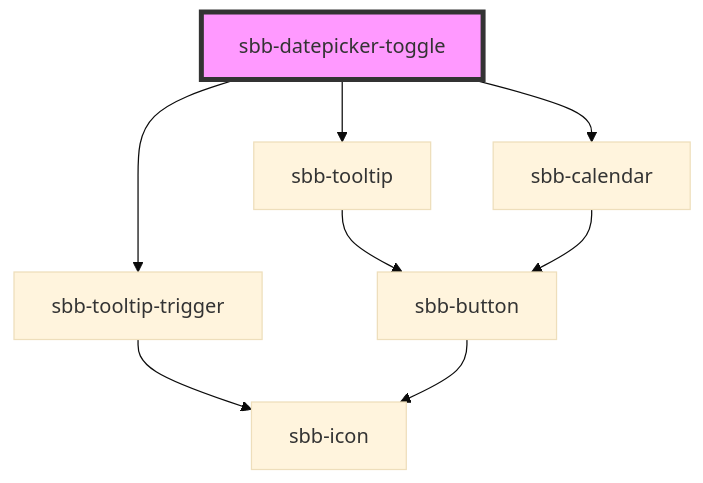
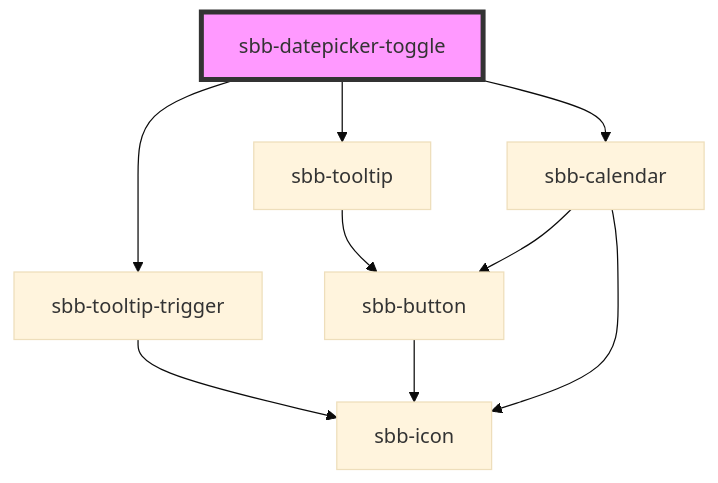
One commit to sbb-design-systems/lyne-components changed the diagram in src/components/sbb-datepicker-toggle/readme.md. Above: the diagram before and after it, drawn with Mermaid (base theme). The commit also changed 5 other files, not shown here.

````diff
--- a/src/components/sbb-datepicker-toggle/readme.md
+++ b/src/components/sbb-datepicker-toggle/readme.md
@@ -62,11 +62,12 @@
 ```mermaid
 graph TD;
   sbb-datepicker-toggle --> sbb-tooltip-trigger
   sbb-datepicker-toggle --> sbb-tooltip
   sbb-datepicker-toggle --> sbb-calendar
   sbb-tooltip-trigger --> sbb-icon
   sbb-tooltip --> sbb-button
   sbb-button --> sbb-icon
+  sbb-calendar --> sbb-icon
   sbb-calendar --> sbb-button
   style sbb-datepicker-toggle fill:#f9f,stroke:#333,stroke-width:4px
 ```
````
